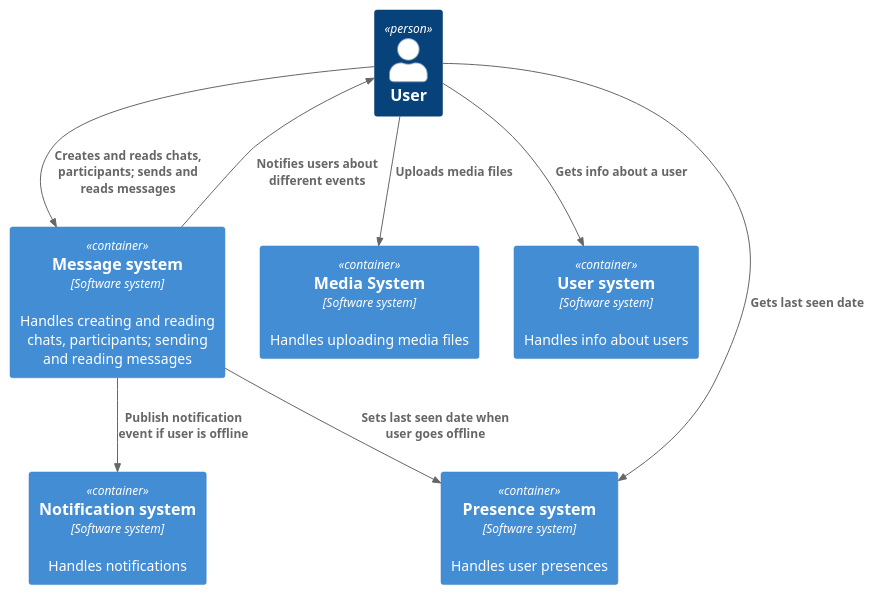
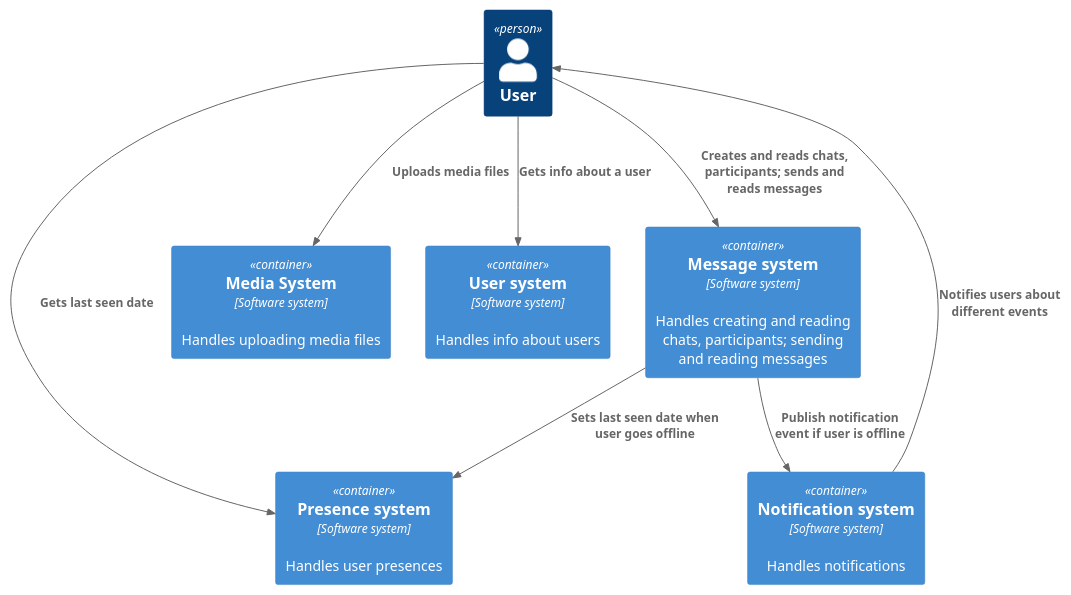
Before and after one commit to Chatyx/backend: the diagram in docs/system_design/architecture/context.puml, drawn with PlantUML.

Commit message:
docs: fix relation from notification system to user

```diff
--- a/docs/system_design/architecture/context.puml
+++ b/docs/system_design/architecture/context.puml
@@ -1,19 +1,19 @@
 @startuml
 !include https://raw.githubusercontent.com/plantuml-stdlib/C4-PlantUML/master/C4_Container.puml
 
 Person(user, "User")
 Container(messageSystem, "Message system", "Software system", "Handles creating and reading chats, participants; sending and reading messages")
 Container(mediaSystem, "Media System", "Software system", "Handles uploading media files")
 Container(userSystem, "User system", "Software system", "Handles info about users")
 Container(presenceSystem, "Presence system", "Software system", "Handles user presences")
 Container(notificationSystem, "Notification system", "Software system", "Handles notifications")
 
 Rel(user, messageSystem, "Creates and reads chats, participants; sends and reads messages")
 Rel(user, mediaSystem, "Uploads media files")
 Rel(user, userSystem, "Gets info about a user")
 Rel(user, presenceSystem, "Gets last seen date")
 Rel(messageSystem, presenceSystem, "Sets last seen date when user goes offline")
 Rel(messageSystem, notificationSystem, "Publish notification event if user is offline")
-Rel(messageSystem, user, "Notifies users about different events")
+Rel(notificationSystem, user, "Notifies users about different events")
 
 @enduml
```
